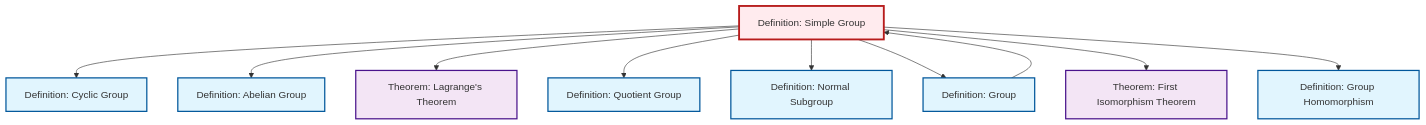
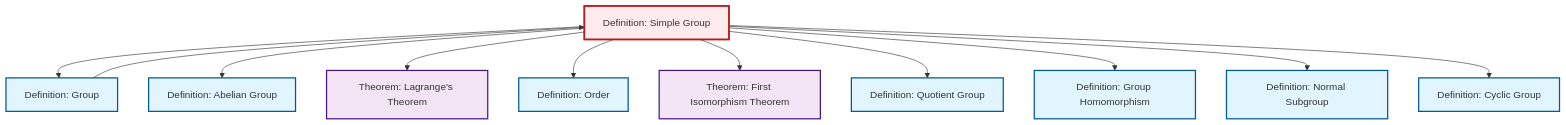
The diagram in content/en/algebra/def-simple-group.qmd (RK0429/ModernMath), drawn with Mermaid before and after one commit. The commit also changed other lines of this file and 581 other files, not shown here.

````diff
--- a/content/en/algebra/def-simple-group.qmd
+++ b/content/en/algebra/def-simple-group.qmd
@@ -95,36 +96,39 @@
 ```{mermaid}
 %%| fig-cap: "Local dependency graph"
 graph TD
     classDef definition fill:#e1f5fe,stroke:#01579b,stroke-width:2px
     classDef theorem fill:#f3e5f5,stroke:#4a148c,stroke-width:2px
     classDef axiom fill:#fff3e0,stroke:#e65100,stroke-width:2px
     classDef example fill:#e8f5e9,stroke:#1b5e20,stroke-width:2px
     classDef current fill:#ffebee,stroke:#b71c1c,stroke-width:3px
+    def-simple-group["Definition: Simple Group"]:::definition
+    def-order["Definition: Order"]:::definition
     def-quotient-group["Definition: Quotient Group"]:::definition
+    thm-lagrange["Theorem: Lagrange's Theorem"]:::theorem
     def-abelian-group["Definition: Abelian Group"]:::definition
-    def-simple-group["Definition: Simple Group"]:::definition
     def-cyclic-group["Definition: Cyclic Group"]:::definition
     def-group["Definition: Group"]:::definition
+    thm-first-isomorphism["Theorem: First Isomorphism Theorem"]:::theorem
+    def-homomorphism["Definition: Group Homomorphism"]:::definition
     def-normal-subgroup["Definition: Normal Subgroup"]:::definition
-    def-homomorphism["Definition: Group Homomorphism"]:::definition
-    thm-lagrange["Theorem: Lagrange's Theorem"]:::theorem
-    thm-first-isomorphism["Theorem: First Isomorphism Theorem"]:::theorem
-    def-simple-group --> def-cyclic-group
+    def-simple-group --> def-group
     def-simple-group --> def-abelian-group
     def-simple-group --> thm-lagrange
+    def-simple-group --> def-order
+    def-simple-group --> thm-first-isomorphism
     def-simple-group --> def-quotient-group
+    def-simple-group --> def-homomorphism
     def-simple-group --> def-normal-subgroup
     def-group --> def-simple-group
-    def-simple-group --> def-group
-    def-simple-group --> thm-first-isomorphism
-    def-simple-group --> def-homomorphism
+    def-simple-group --> def-cyclic-group
     class def-simple-group current
+    click def-order "def-order.html" "Go to Order definition"
     click def-quotient-group "def-quotient-group.html" "Go to Quotient Group definition"
+    click thm-lagrange "thm-lagrange.html" "Go to Lagrange's Theorem theorem"
     click def-abelian-group "def-abelian-group.html" "Go to Abelian Group definition"
     click def-cyclic-group "def-cyclic-group.html" "Go to Cyclic Group definition"
     click def-group "def-group.html" "Go to Group definition"
+    click thm-first-isomorphism "thm-first-isomorphism.html" "Go to First Isomorphism Theorem theorem"
+    click def-homomorphism "def-homomorphism.html" "Go to Group Homomorphism definition"
     click def-normal-subgroup "def-normal-subgroup.html" "Go to Normal Subgroup definition"
-    click def-homomorphism "def-homomorphism.html" "Go to Group Homomorphism definition"
-    click thm-lagrange "thm-lagrange.html" "Go to Lagrange's Theorem theorem"
-    click thm-first-isomorphism "thm-first-isomorphism.html" "Go to First Isomorphism Theorem theorem"
 ```
````
